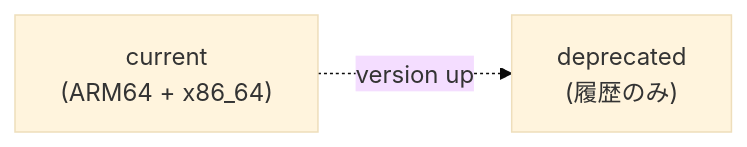
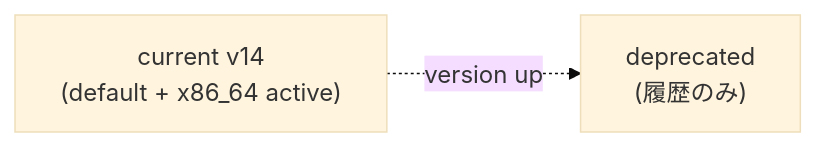
Before and after one commit to hwatanabe-jp/stark-ballot-simulator-public: the second of 3 diagrams in public-book/src/zkvm/image-id.md, drawn with Mermaid (base theme). The commit also changed other lines of this file and 1491 other files, not shown here.

````diff
--- a/public-book/src/zkvm/image-id.md
+++ b/public-book/src/zkvm/image-id.md
@@ -78,6 +95,6 @@
 ```mermaid
 flowchart LR
-  CUR["current<br/>(ARM64 + x86_64)"]
+  CUR["current v14<br/>(default + x86_64 active)"]
   DEP["deprecated<br/>(履歴のみ)"]
   CUR -. version up .-> DEP
 ```
````
